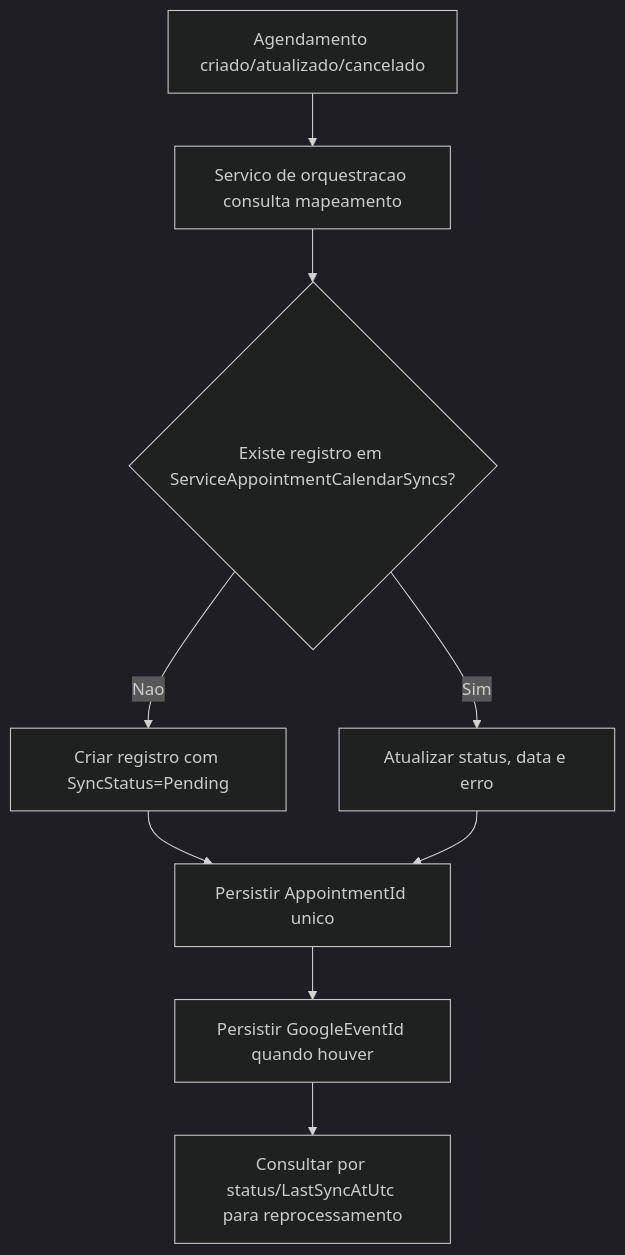
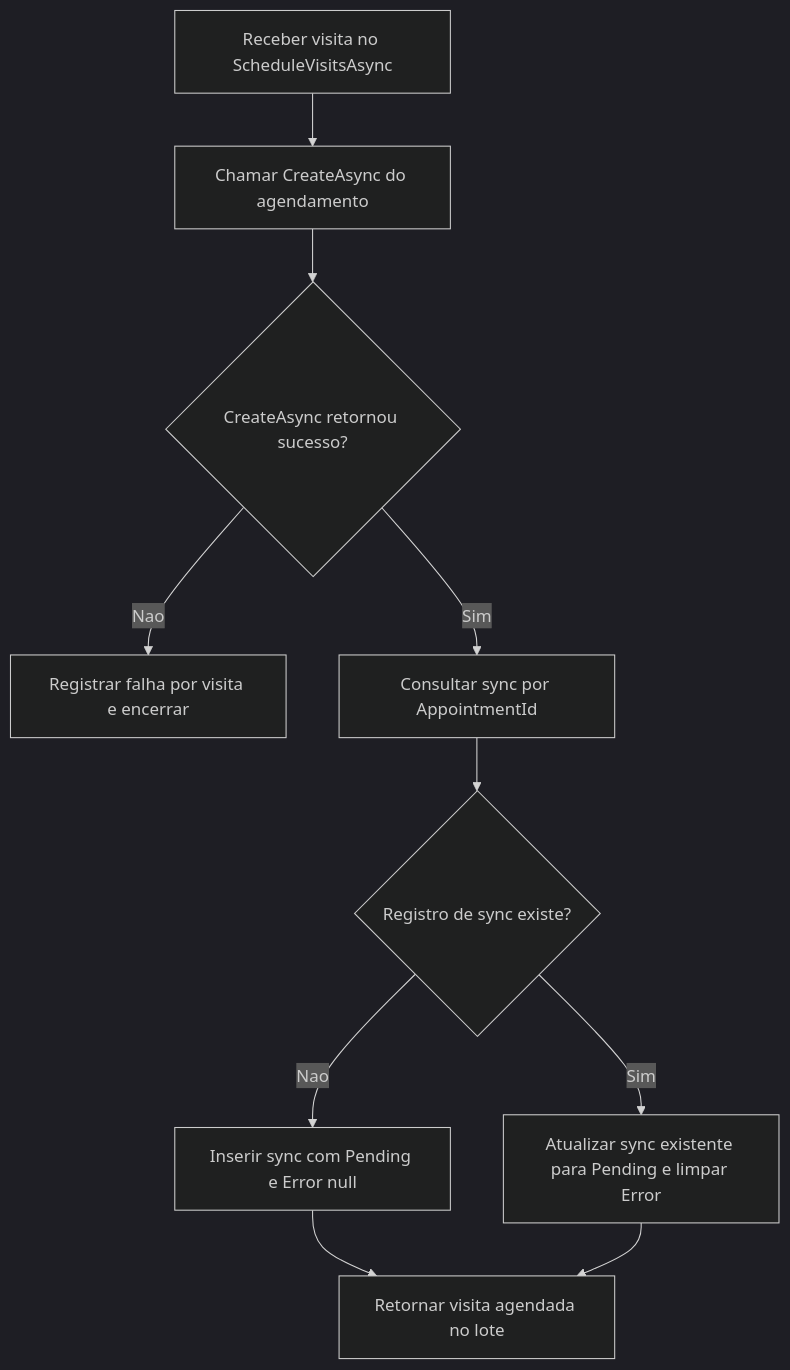
The diagram in Documentacao/DIAGRAMAS/REALTIME_PRESENCA_CHAT/ST-012-sync-agendamento-google-calendar/fluxo-sync-agendamento-google-calendar.mmd (leonardomendes201704/ConsertaPraMim), drawn with Mermaid (dark theme) before and after one commit. The commit also changed 8 other files, not shown here.

Commit message:
feat(st-012): marcar sync pendente apos agendamento chatbot

```diff
--- a/Documentacao/DIAGRAMAS/REALTIME_PRESENCA_CHAT/ST-012-sync-agendamento-google-calendar/fluxo-sync-agendamento-google-calendar.mmd
+++ b/Documentacao/DIAGRAMAS/REALTIME_PRESENCA_CHAT/ST-012-sync-agendamento-google-calendar/fluxo-sync-agendamento-google-calendar.mmd
@@ -1,9 +1,10 @@
 flowchart TD
-    A[Agendamento criado/atualizado/cancelado] --> B[Servico de orquestracao consulta mapeamento]
-    B --> C{Existe registro em ServiceAppointmentCalendarSyncs?}
-    C -->|Nao| D[Criar registro com SyncStatus=Pending]
-    C -->|Sim| E[Atualizar status, data e erro]
-    D --> F[Persistir AppointmentId unico]
-    E --> F
-    F --> G[Persistir GoogleEventId quando houver]
-    G --> H[Consultar por status/LastSyncAtUtc para reprocessamento]
+    A[Receber visita no ScheduleVisitsAsync] --> B[Chamar CreateAsync do agendamento]
+    B --> C{CreateAsync retornou sucesso?}
+    C -->|Nao| D[Registrar falha por visita e encerrar]
+    C -->|Sim| E[Consultar sync por AppointmentId]
+    E --> F{Registro de sync existe?}
+    F -->|Nao| G[Inserir sync com Pending e Error null]
+    F -->|Sim| H[Atualizar sync existente para Pending e limpar Error]
+    G --> I[Retornar visita agendada no lote]
+    H --> I
```
